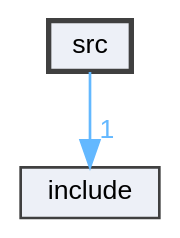
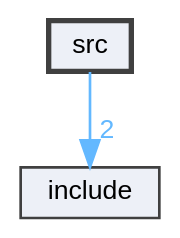
One commit to DanielIngham/Cooperative-Positioning-Data-Handler changed the diagram in docs/dir_68267d1309a1af8e8297ef4c3efbcdba_dep.dot. Above: the diagram before and after it, drawn with Graphviz. The commit also changed 87 other files, not shown here.

```diff
--- a/docs/dir_68267d1309a1af8e8297ef4c3efbcdba_dep.dot
+++ b/docs/dir_68267d1309a1af8e8297ef4c3efbcdba_dep.dot
@@ -1,11 +1,11 @@
 digraph "/home/dan/Code/UTIAS-Multi-Robot/Data-Extractor/src"
 {
  // LATEX_PDF_SIZE
   bgcolor="transparent";
   edge [fontname=Helvetica,fontsize=10,labelfontname=Helvetica,labelfontsize=10];
   node [fontname=Helvetica,fontsize=10,shape=box,height=0.2,width=0.4];
   compound=true
   dir_68267d1309a1af8e8297ef4c3efbcdba [label="src", fillcolor="#edf0f7", color="grey25", style="filled,bold", URL="dir_68267d1309a1af8e8297ef4c3efbcdba.html",tooltip=""];
   dir_d44c64559bbebec7f509842c48db8b23 [label="include", fillcolor="#edf0f7", color="grey25", style="filled", URL="dir_d44c64559bbebec7f509842c48db8b23.html",tooltip=""];
-  dir_68267d1309a1af8e8297ef4c3efbcdba->dir_d44c64559bbebec7f509842c48db8b23 [headlabel="1", labeldistance=1.5 headhref="dir_000001_000000.html" href="dir_000001_000000.html" color="steelblue1" fontcolor="steelblue1"];
+  dir_68267d1309a1af8e8297ef4c3efbcdba->dir_d44c64559bbebec7f509842c48db8b23 [headlabel="2", labeldistance=1.5 headhref="dir_000001_000000.html" href="dir_000001_000000.html" color="steelblue1" fontcolor="steelblue1"];
 }
```
